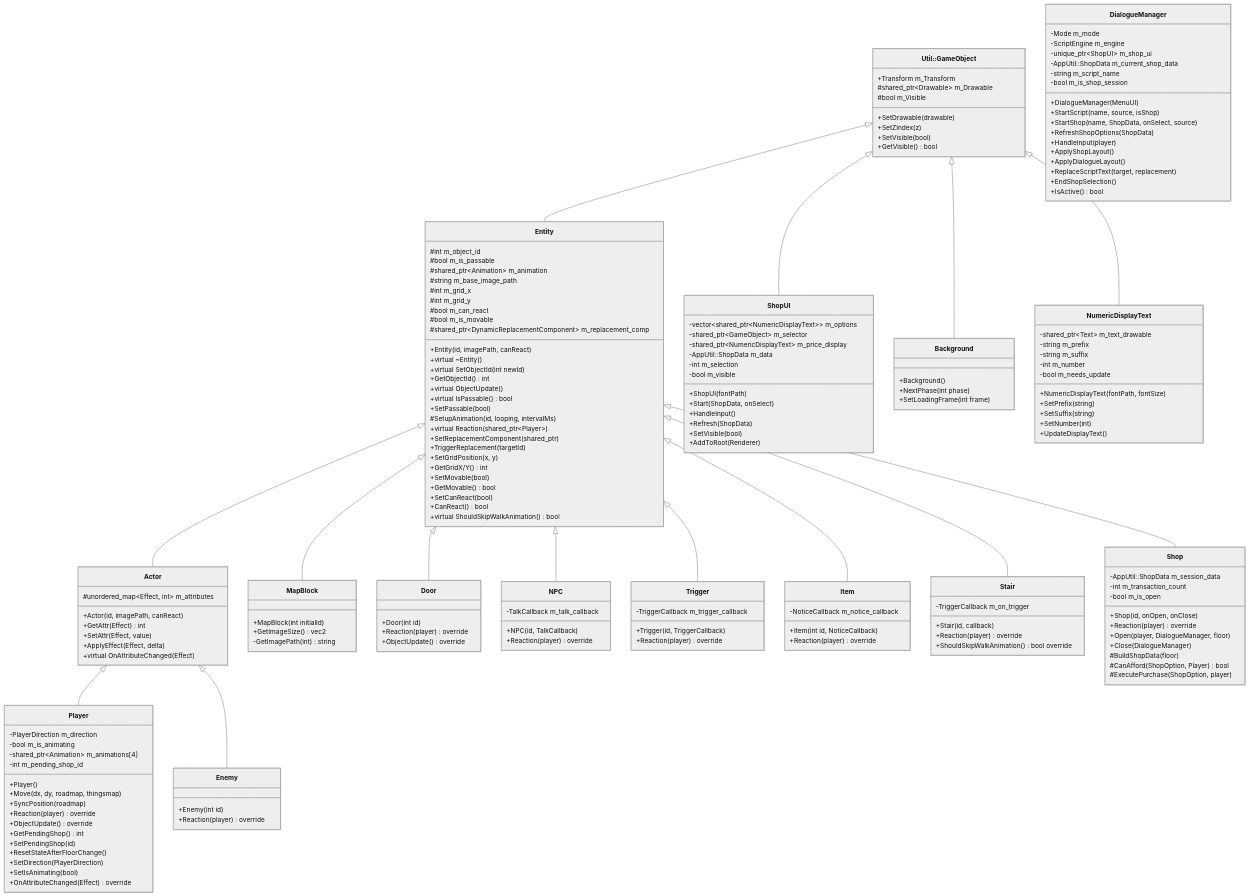
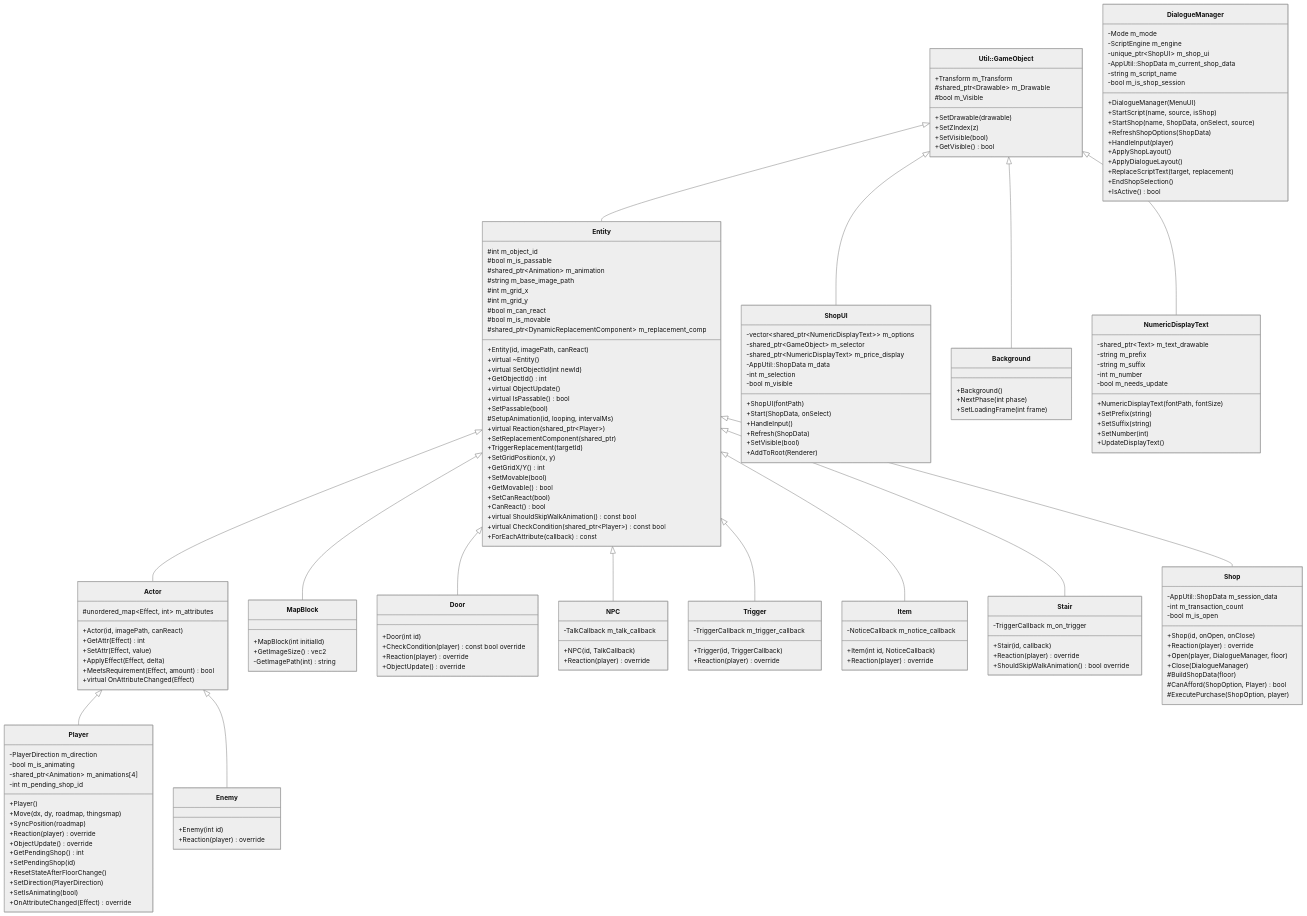
The first of 4 diagrams in Constructure.md (XWJWPIY/schoolwork_recreate_magic_tower), drawn with Mermaid (neutral theme) before and after one commit. The commit also changed other lines of this file and 9 other files, not shown here.

Commit message:
refactor: unified entity condition and attribute system

```diff
--- a/Constructure.md
+++ b/Constructure.md
@@ -43,7 +43,9 @@
         +GetMovable() bool
         +SetCanReact(bool)
         +CanReact() bool
-        +virtual ShouldSkipWalkAnimation() bool
+        +virtual ShouldSkipWalkAnimation() const bool
+        +virtual CheckCondition(shared_ptr~Player~) const bool
+        +ForEachAttribute(callback) const
     }
 
     class DialogueManager {
@@ -87,6 +89,7 @@
         +GetAttr(Effect) int
         +SetAttr(Effect, value)
         +ApplyEffect(Effect, delta)
+        +MeetsRequirement(Effect, amount) bool
         +virtual OnAttributeChanged(Effect)
     }
 
@@ -116,6 +119,7 @@
 
     class Door {
         +Door(int id)
+        +CheckCondition(player) const bool override
         +Reaction(player) override
         +ObjectUpdate() override
     }
```
